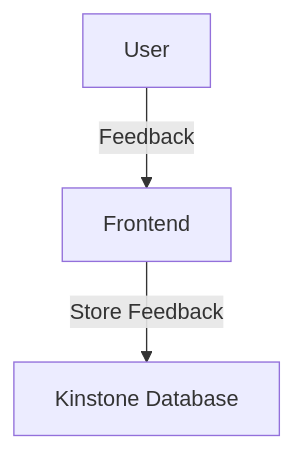
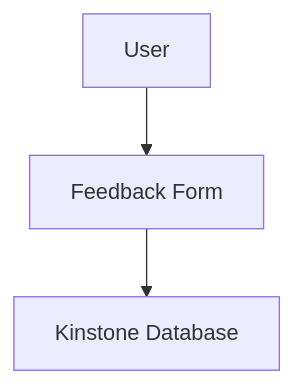
The sixth of 6 diagrams in wiki/Overview/Introduction.md (agattani123/Fast-Fa), drawn with Mermaid before and after one commit. The commit also changed other lines of this file and 7 other files, not shown here.

````diff
--- a/wiki/Overview/Introduction.md
+++ b/wiki/Overview/Introduction.md
@@ -65,5 +95,5 @@
 ```mermaid
 graph TD
-    A[User] -->|Feedback| B[Frontend]
-    B -->|Store Feedback| C[Kinstone Database]
+    User[User] --> FeedbackForm[Feedback Form]
+    FeedbackForm --> KinstoneDB[Kinstone Database]
 ```
````
